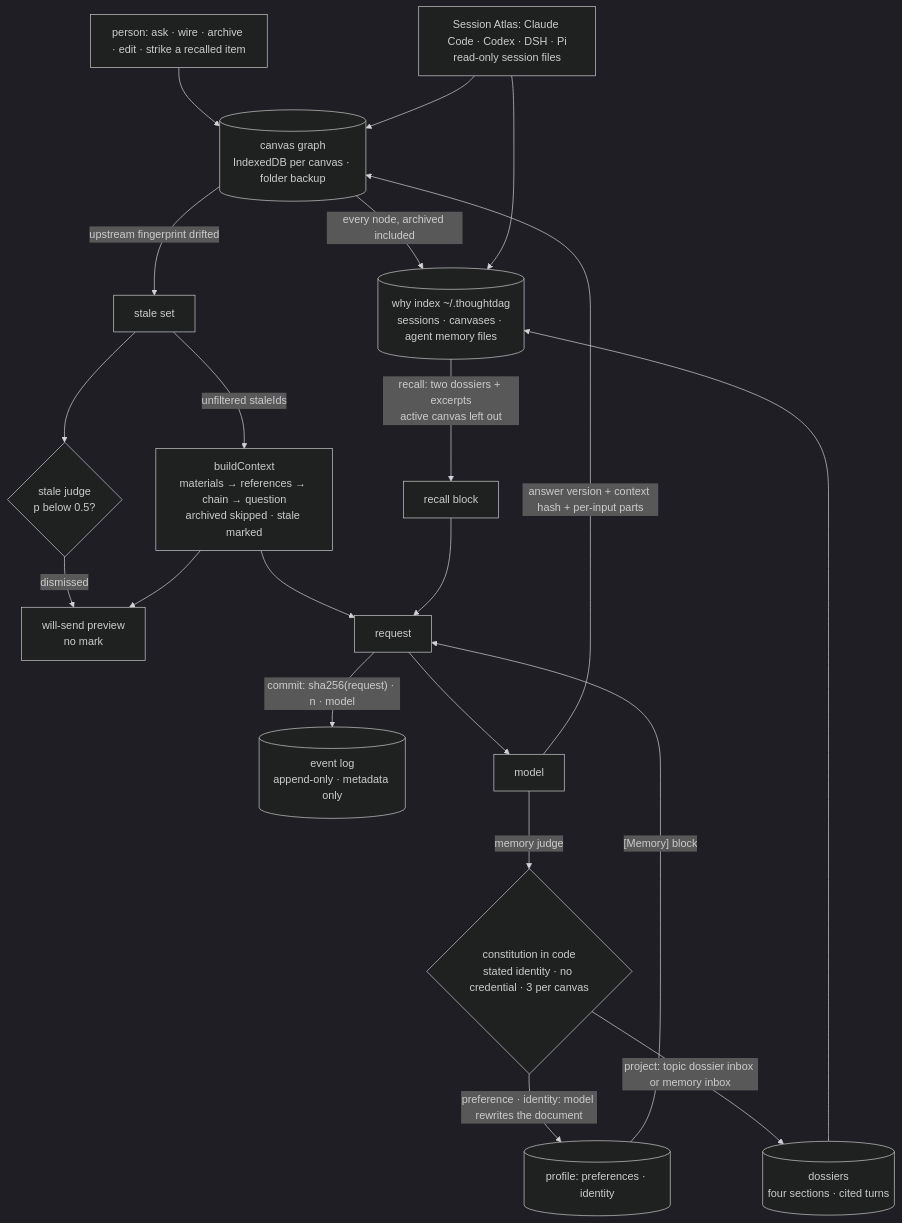
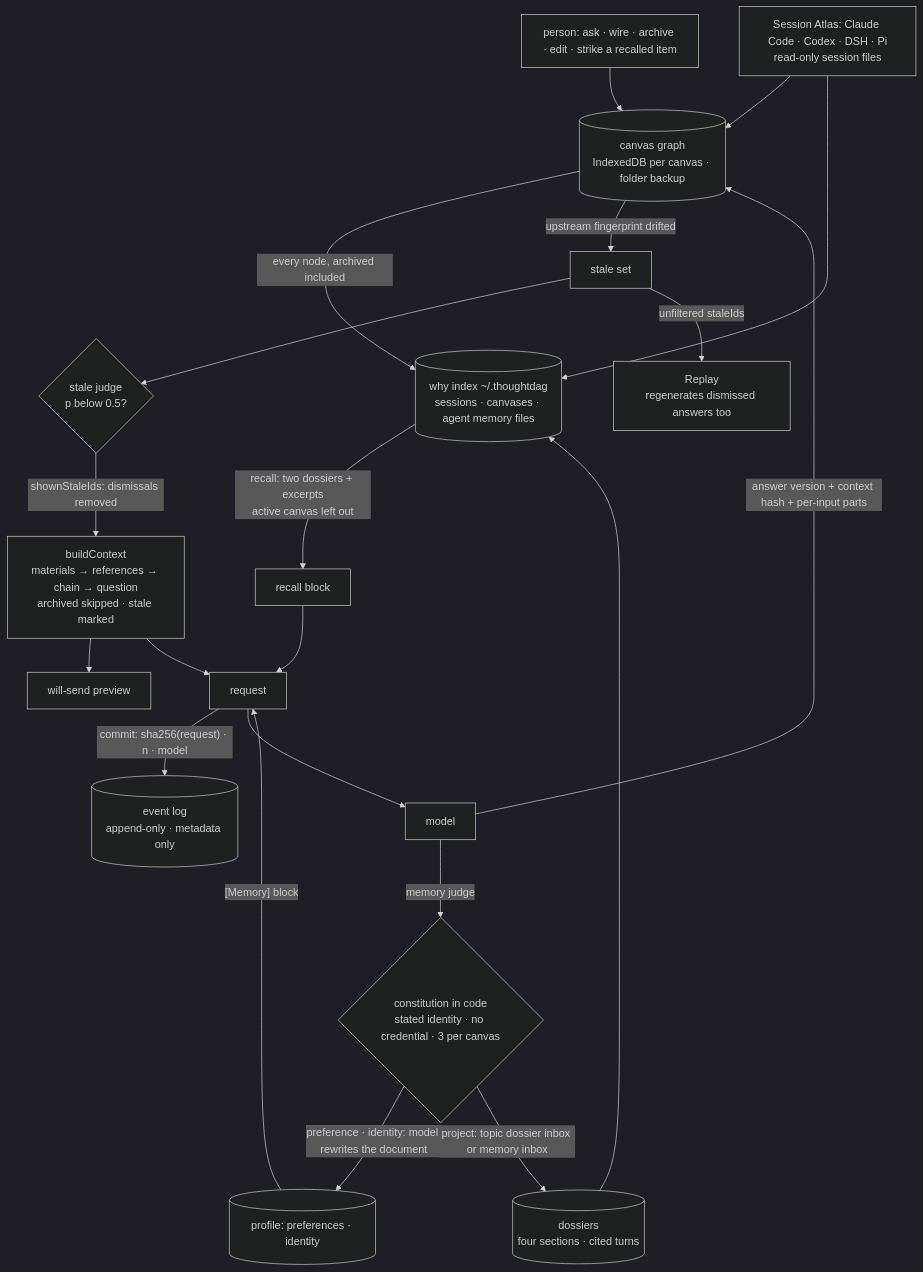
One commit to neoneye/agent-memory-atlas changed the diagram in content/systems/thoughtdag.md. Above: the diagram before and after it, drawn with Mermaid (dark theme). The commit also changed other lines of this file and 5 other files, not shown here.

First line of the commit message:
Re-read ThoughtDAG at af1f82a: the stale judge's dismissal reaches the request (#51); Replay still regenerates the dismissed

````diff
--- a/content/systems/thoughtdag.md
+++ b/content/systems/thoughtdag.md
@@ -175,24 +182,24 @@
 ```mermaid
-%% caption: a person's wires are the retrieval; the same compiler feeds the preview and the request, but the preview drops a stale mark a judge dismissed and the request keeps it; recall and the profile join the request before dispatch and the commit hash covers them; archive excludes on the canvas and not in the index recall reads
+%% caption: a person's wires are the retrieval; the same compiler, given one stale set with the judge's dismissals removed, feeds the preview and the request; recall and the profile join the request before dispatch and the commit hash covers them; archive excludes on the canvas and not in the index recall reads
 flowchart TB
     P["person: ask · wire · archive · edit · strike a recalled item"] --> G[("canvas graph<br/>IndexedDB per canvas · folder backup")]
     A["Session Atlas: Claude Code · Codex · DSH · Pi<br/>read-only session files"] --> G
     G -->|"every node, archived included"| X[("why index ~/.thoughtdag<br/>sessions · canvases · agent memory files")]
     A --> X
     G -->|"upstream fingerprint drifted"| S["stale set"]
     S --> SJ{"stale judge<br/>p below 0.5?"}
-    SJ -->|"dismissed"| PV["will-send preview<br/>no mark"]
-    S -->|"unfiltered staleIds"| C["buildContext<br/>materials → references → chain → question<br/>archived skipped · stale marked"]
-    C --> PV
+    SJ -->|"shownStaleIds: dismissals removed"| C["buildContext<br/>materials → references → chain → question<br/>archived skipped · stale marked"]
+    S -->|"unfiltered staleIds"| RP["Replay<br/>regenerates dismissed answers too"]
+    C --> PV["will-send preview"]
     X -->|"recall: two dossiers + excerpts<br/>active canvas left out"| R["recall block"]
     PR[("profile: preferences · identity")] -->|"[Memory] block"| Q["request"]
     C --> Q
     R --> Q
     Q -->|"commit: sha256(request) · n · model"| E[("event log<br/>append-only · metadata only")]
     Q --> LLM["model"]
     LLM -->|"answer version + context hash + per-input parts"| G
     LLM -->|"memory judge"| J{"constitution in code<br/>stated identity · no credential · 3 per canvas"}
     J -->|"preference · identity: model rewrites the document"| PR
     J -->|"project: topic dossier inbox or memory inbox"| D[("dossiers<br/>four sections · cited turns")]
     D --> X
 ```
````
